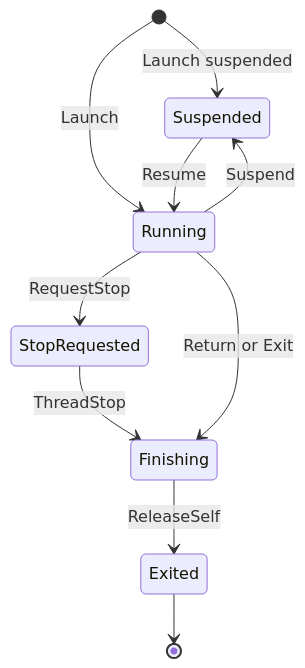
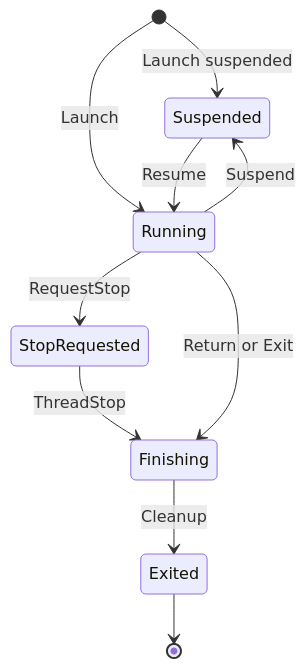
The diagram in docs/site/pages/runtime/kernel.md (rexglue/rexglue-sdk), drawn with Mermaid before and after one commit. The commit also changed other lines of this file and 46 other files, not shown here.

````diff
--- a/docs/site/pages/runtime/kernel.md
+++ b/docs/site/pages/runtime/kernel.md
@@ -79,12 +79,12 @@
 ```mermaid
 stateDiagram-v2
     [*] --> Suspended : Launch suspended
     [*] --> Running : Launch
     Suspended --> Running : Resume
     Running --> Suspended : Suspend
     Running --> StopRequested : RequestStop
     StopRequested --> Finishing : ThreadStop
     Running --> Finishing : Return or Exit
-    Finishing --> Exited : ReleaseSelf
+    Finishing --> Exited : Cleanup
     Exited --> [*]
 ```
````
